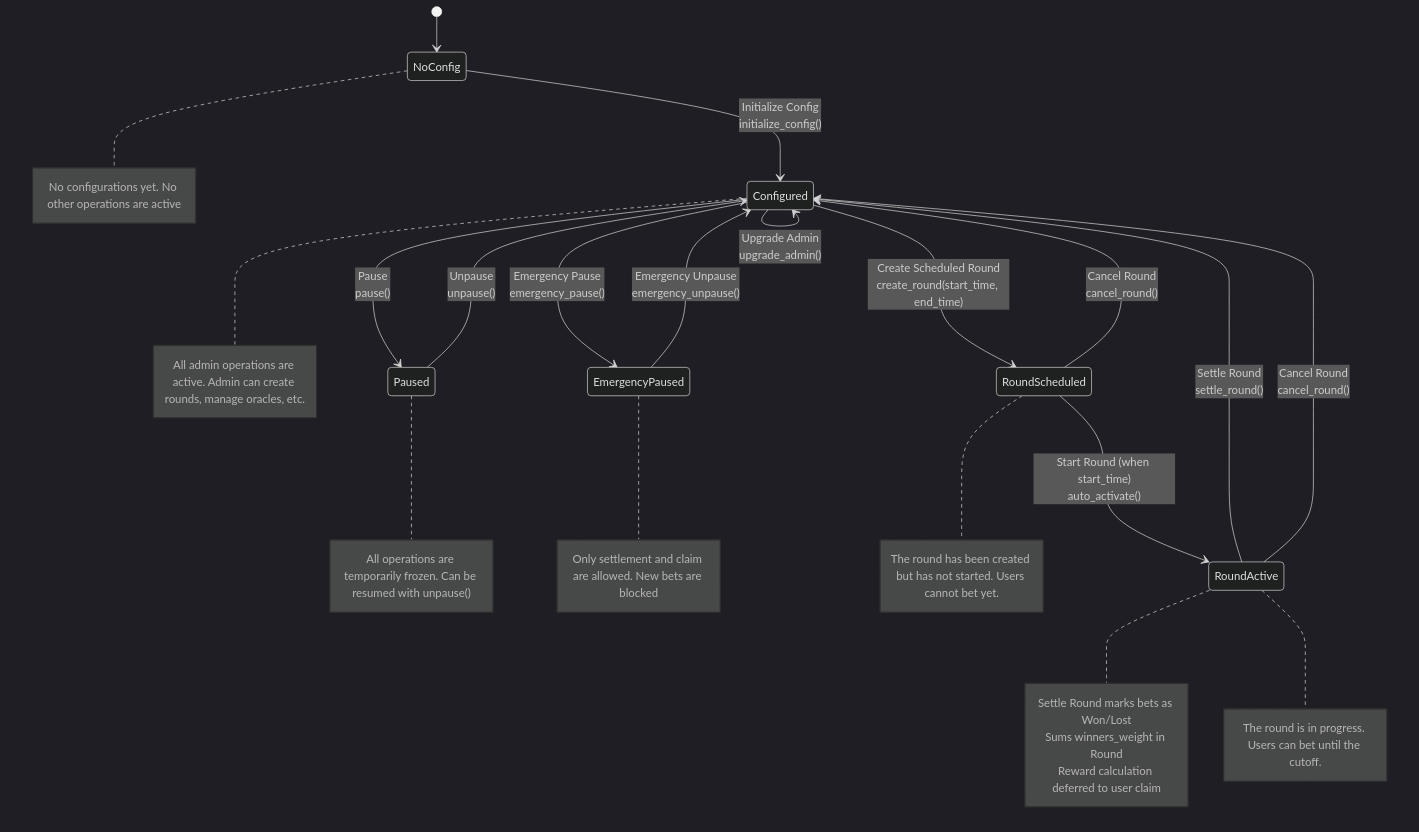
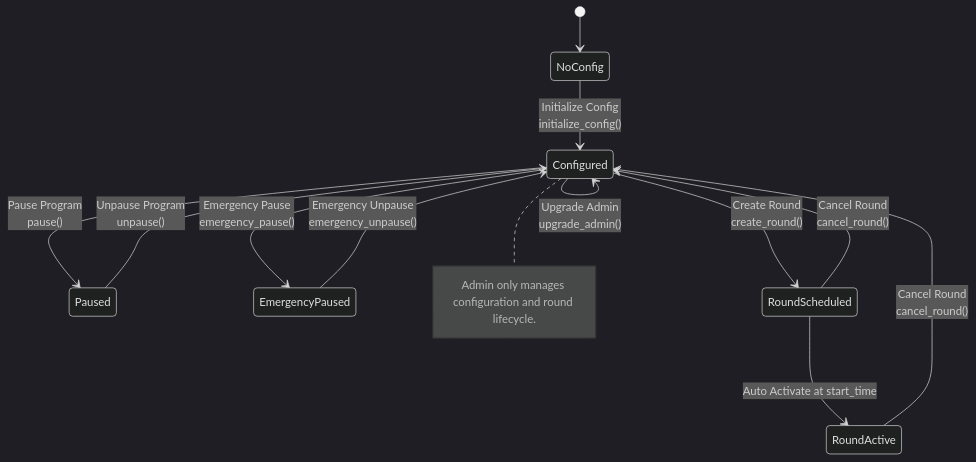
One commit to muhammad-akbrrr/gold-rush-smartcontract changed the third of 7 diagrams in README.md. Above: the diagram before and after it, drawn with Mermaid (dark theme). The commit also changed other lines of this file, not shown here.

Commit message:
feat(readme): reward calculation

````diff
--- a/README.md
+++ b/README.md
@@ -156,55 +181,26 @@
 ```mermaid
 stateDiagram-v2
     [*] --> NoConfig
 
     NoConfig --> Configured: Initialize Config<br/>initialize_config()
     Configured --> Configured: Update Config<br/>update_config()
 
-    Configured --> Paused: Pause<br/>pause()
-    Paused --> Configured: Unpause<br/>unpause()
+    Configured --> Paused: Pause Program<br/>pause()
+    Paused --> Configured: Unpause Program<br/>unpause()
 
     Configured --> EmergencyPaused: Emergency Pause<br/>emergency_pause()
     EmergencyPaused --> Configured: Emergency Unpause<br/>emergency_unpause()
 
-    Configured --> Configured: Add Oracle<br/>add_oracle_to_whitelist()
-    Configured --> Configured: Remove Oracle<br/>remove_oracle_from_whitelist()
-    Configured --> Configured: Set Oracle<br/>set_oracle()
+    Configured --> Configured: Manage Oracles<br/>add/remove/set_oracle()
 
-    Configured --> RoundScheduled: Create Scheduled Round<br/>create_round(start_time, end_time)
-    RoundScheduled --> RoundActive: Start Round (when start_time)<br/>auto_activate()
-    RoundActive --> Configured: Settle Round<br/>settle_round()  
-        note right of RoundActive
-            Settle Round marks bets as Won/Lost
-            Sums winners_weight in Round
-            Reward calculation deferred to user claim
-        end note
-
-    RoundScheduled --> Configured: Cancel Round<br/>cancel_round() 
+    Configured --> RoundScheduled: Create Round<br/>create_round()
+    RoundScheduled --> Configured: Cancel Round<br/>cancel_round()
+    RoundScheduled --> RoundActive: Auto Activate at start_time
     RoundActive --> Configured: Cancel Round<br/>cancel_round()
 
     Configured --> Configured: Upgrade Admin<br/>upgrade_admin()
 
-    note right of NoConfig
-        No configurations yet. No other operations are active
-    end note
-
     note right of Configured
-        All admin operations are active. Admin can create rounds, manage oracles, etc.
-    end note
-
-    note right of Paused
-        All operations are temporarily frozen. Can be resumed with unpause()
-    end note
-
-    note right of EmergencyPaused
-        Only settlement and claim are allowed. New bets are blocked
-    end note
-
-    note right of RoundScheduled
-        The round has been created but has not started. Users cannot bet yet.
-    end note
-
-    note right of RoundActive
-        The round is in progress. Users can bet until the cutoff.
+        Admin only manages configuration and round lifecycle.
     end note
 ```
````
